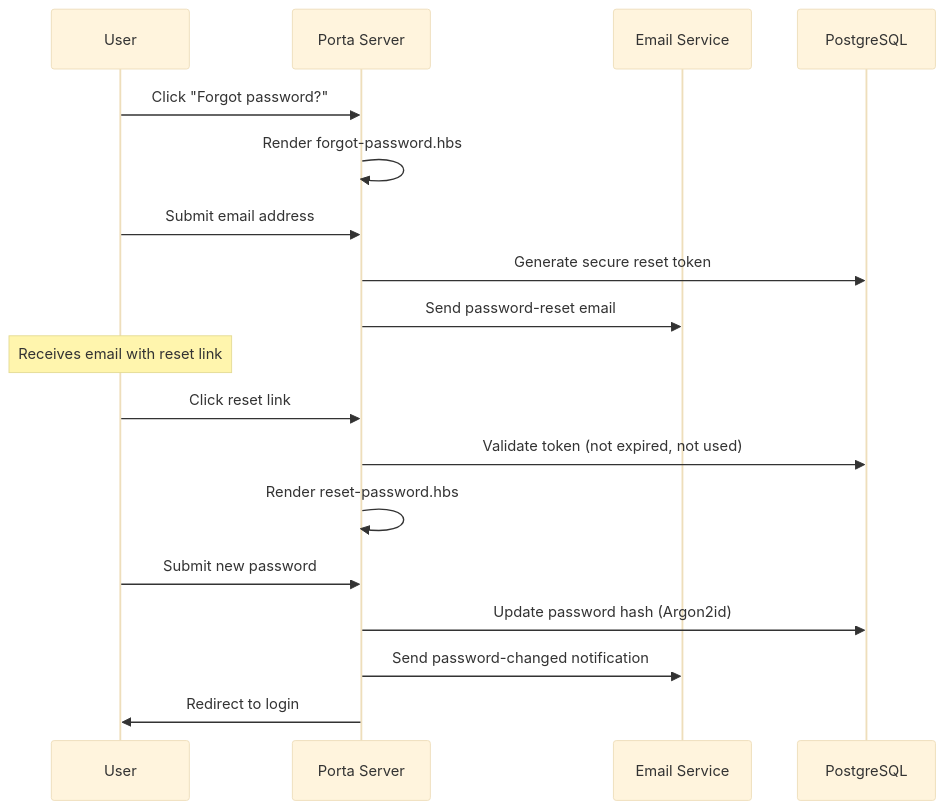
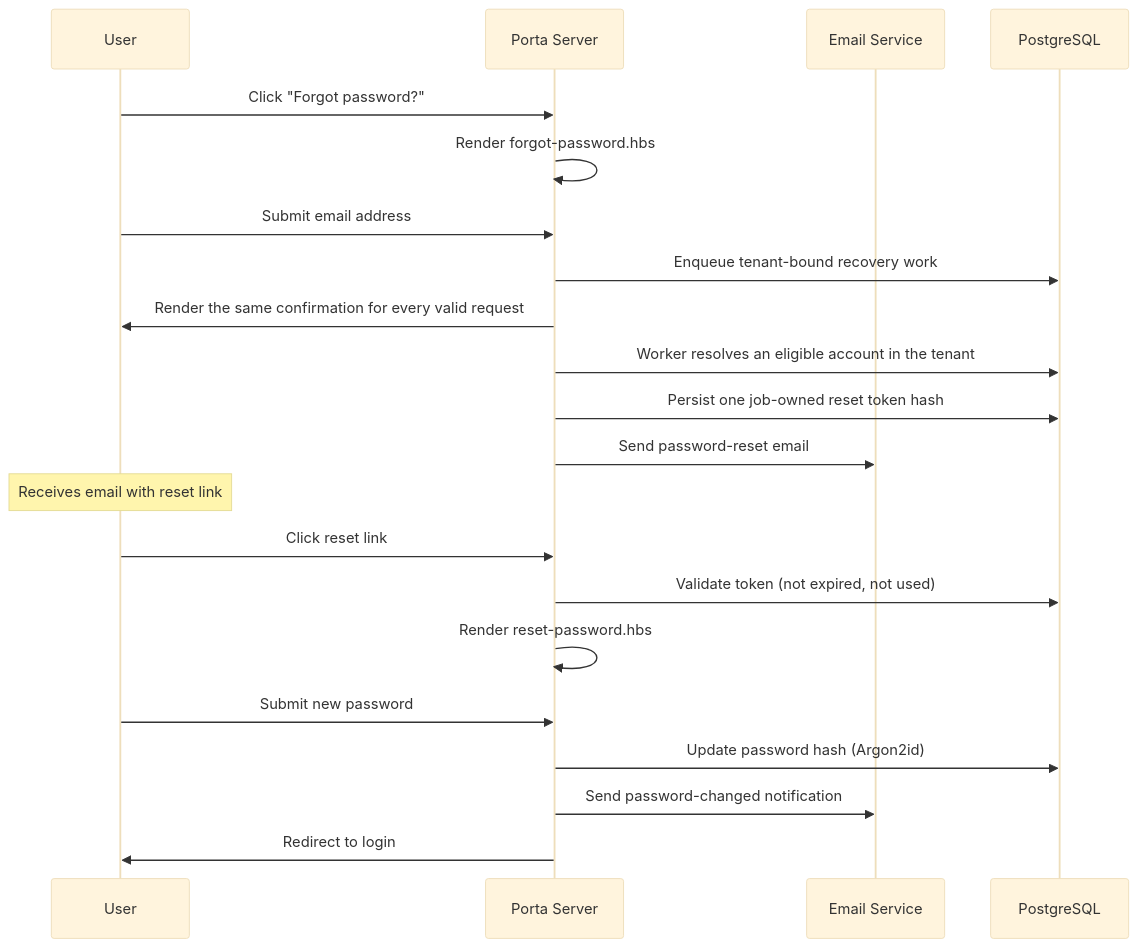
One commit to blendsdk/porta-identity changed the second of 4 diagrams in docs/concepts/authentication-modes.md. Above: the diagram before and after it, drawn with Mermaid (base theme). The commit also changed other lines of this file and 12 other files, not shown here.

````diff
--- a/docs/concepts/authentication-modes.md
+++ b/docs/concepts/authentication-modes.md
@@ -74,21 +74,24 @@
 ```mermaid
 sequenceDiagram
     participant User
     participant Porta as Porta Server
     participant Email as Email Service
     participant DB as PostgreSQL
 
     User->>Porta: Click "Forgot password?"
     Porta->>Porta: Render forgot-password.hbs
     User->>Porta: Submit email address
-    Porta->>DB: Generate secure reset token
+    Porta->>DB: Enqueue tenant-bound recovery work
+    Porta->>User: Render the same confirmation for every valid request
+    Porta->>DB: Worker resolves an eligible account in the tenant
+    Porta->>DB: Persist one job-owned reset token hash
     Porta->>Email: Send password-reset email
     Note over User: Receives email with reset link
     User->>Porta: Click reset link
     Porta->>DB: Validate token (not expired, not used)
     Porta->>Porta: Render reset-password.hbs
     User->>Porta: Submit new password
     Porta->>DB: Update password hash (Argon2id)
     Porta->>Email: Send password-changed notification
     Porta->>User: Redirect to login
 ```
````
